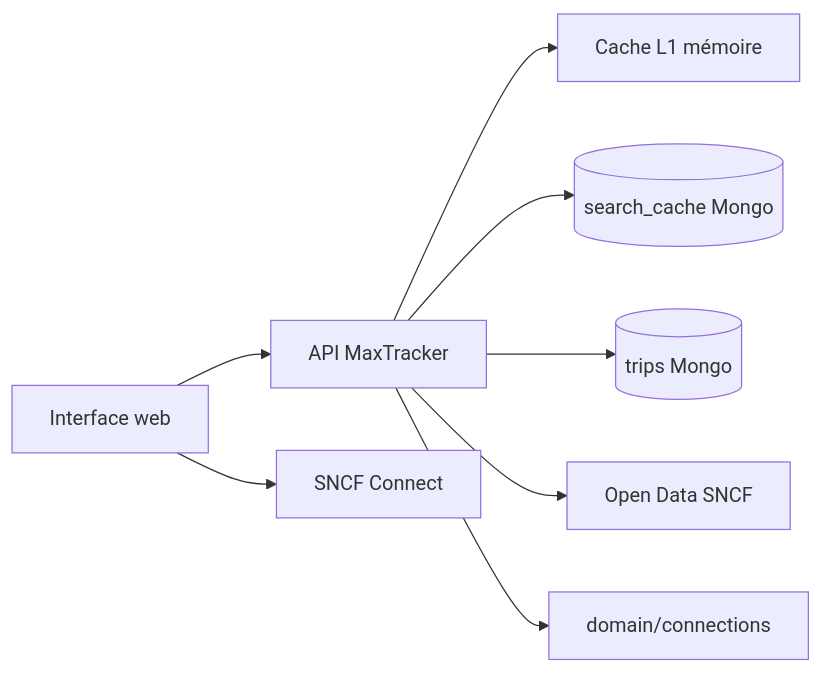
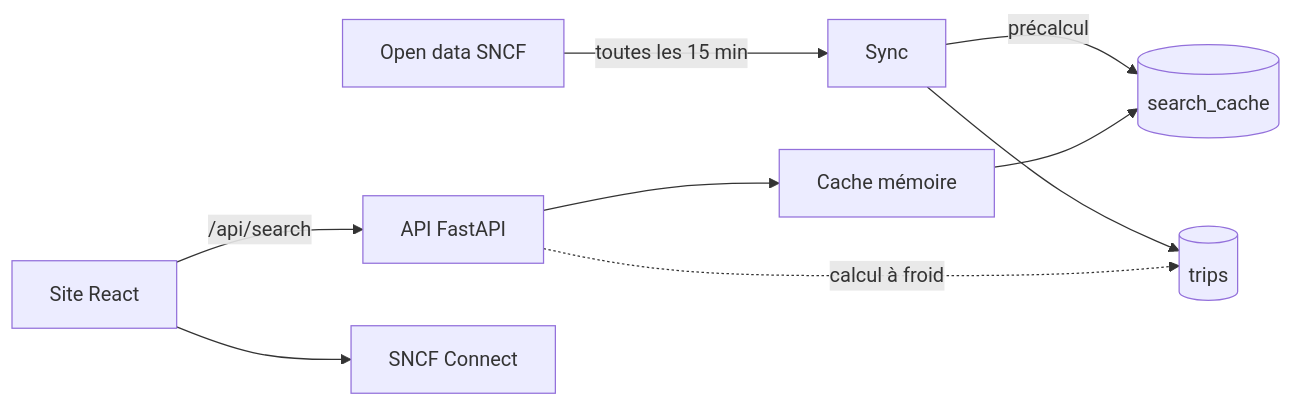
Before and after one commit to gabrielluthun/maxtracker: the diagram in README.md, drawn with Mermaid. The commit also changed other lines of this file, not shown here.

````diff
--- a/README.md
+++ b/README.md
@@ -293,10 +96,10 @@
 ```mermaid
 flowchart LR
-  FE[Interface web] --> API[API MaxTracker]
-  API --> L1[Cache L1 mémoire]
-  API --> L2[(search_cache Mongo)]
-  API --> TRIPS[(trips Mongo)]
-  API --> SNCF[Open Data SNCF]
-  API --> COMPOSE[domain/connections]
+  SNCF[Open data SNCF] -->|toutes les 15 min| SYNC[Sync]
+  SYNC --> TRIPS[(trips)]
+  SYNC -->|précalcul| L2[(search_cache)]
+  FE[Site React] -->|/api/search| API[API FastAPI]
+  API --> L1[Cache mémoire] --> L2
+  API -.calcul à froid.-> TRIPS
   FE --> SC[SNCF Connect]
 ```
````
